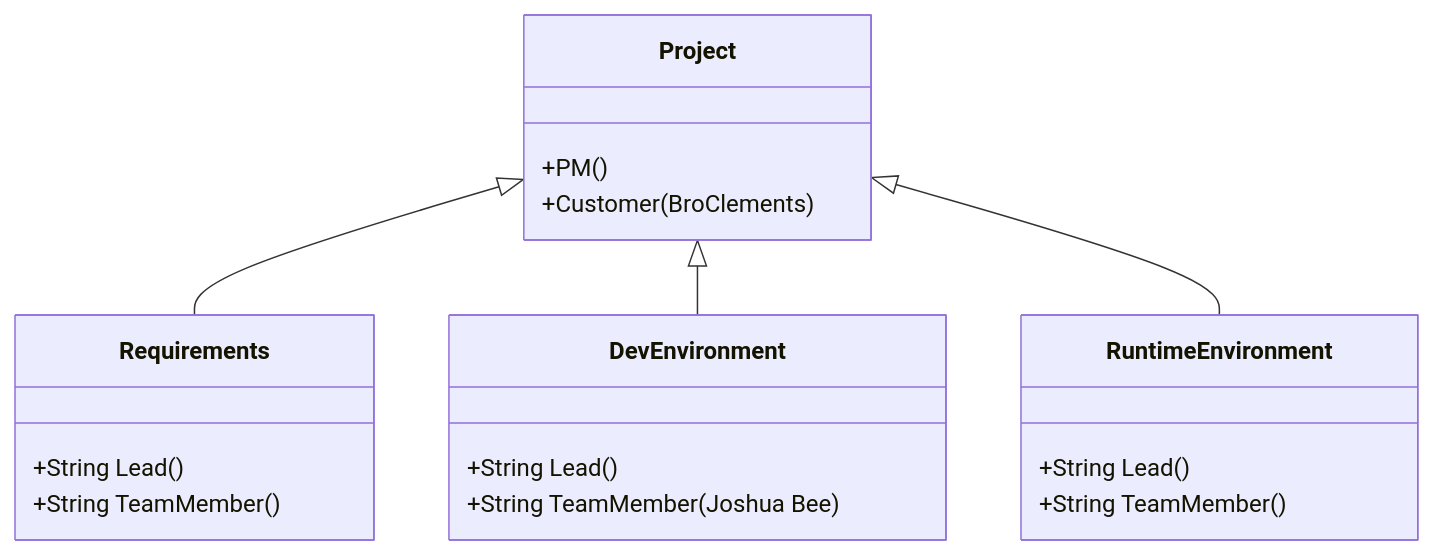
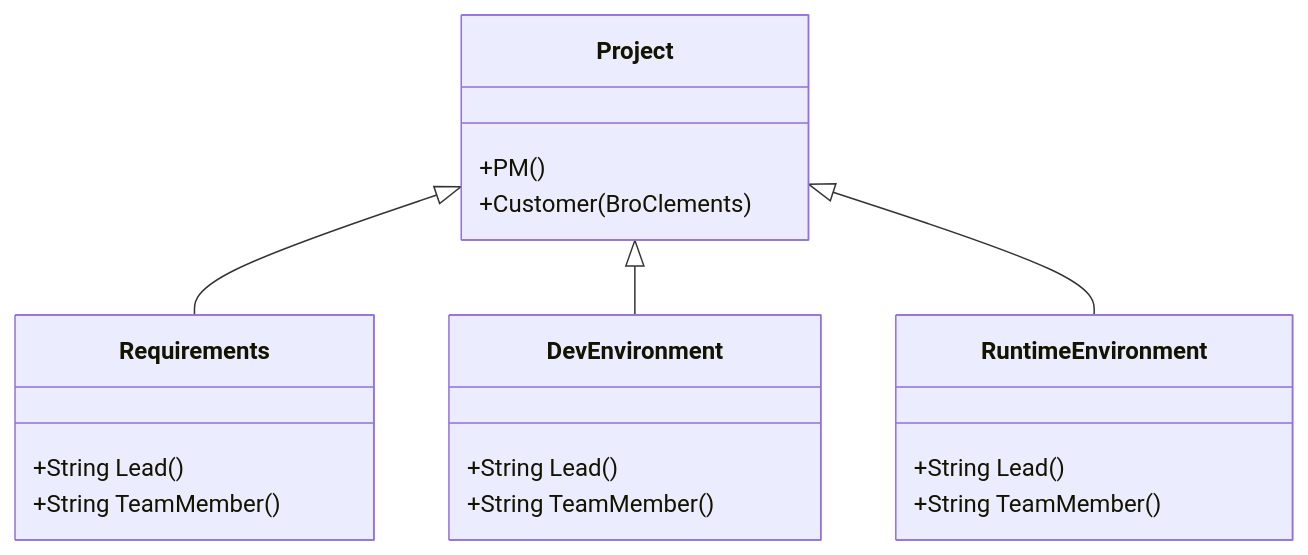
One commit to byui-cse397/2024WinCSE490PCP changed the first of 2 diagrams in ProjectManagement/OrganizationChart/OrganizationChart.md. Above: the diagram before and after it, drawn with Mermaid. The commit also changed other lines of this file, not shown here.

````diff
--- a/ProjectManagement/OrganizationChart/OrganizationChart.md
+++ b/ProjectManagement/OrganizationChart/OrganizationChart.md
@@ -2,20 +2,20 @@
 ```mermaid
 classDiagram
       Project <|-- Requirements
       Project <|-- DevEnvironment
       Project <|-- RuntimeEnvironment
       Project : +PM()
       Project : +Customer(BroClements)
       class Requirements{
           +String Lead()
           +String TeamMember()
       }
       class DevEnvironment{
           +String Lead()
-          +String TeamMember(Joshua Bee)
+          +String TeamMember()
       }
       class RuntimeEnvironment{
           +String Lead()
           +String TeamMember()
       }
 ```
````
